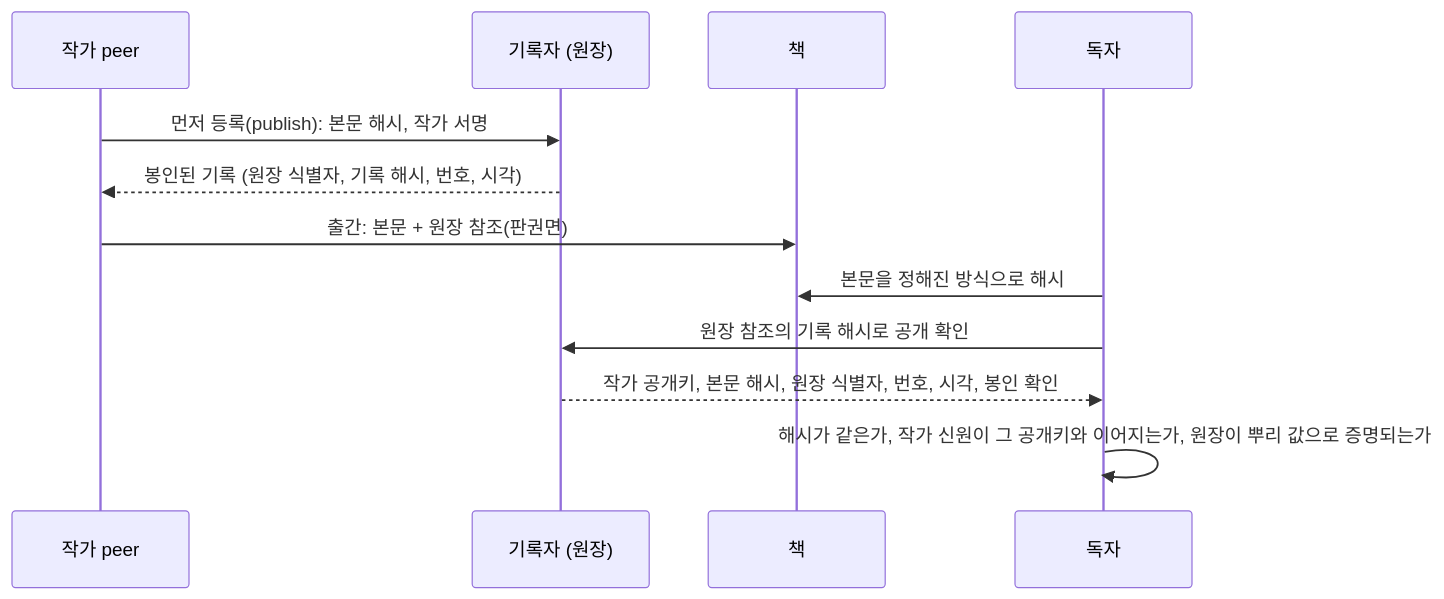
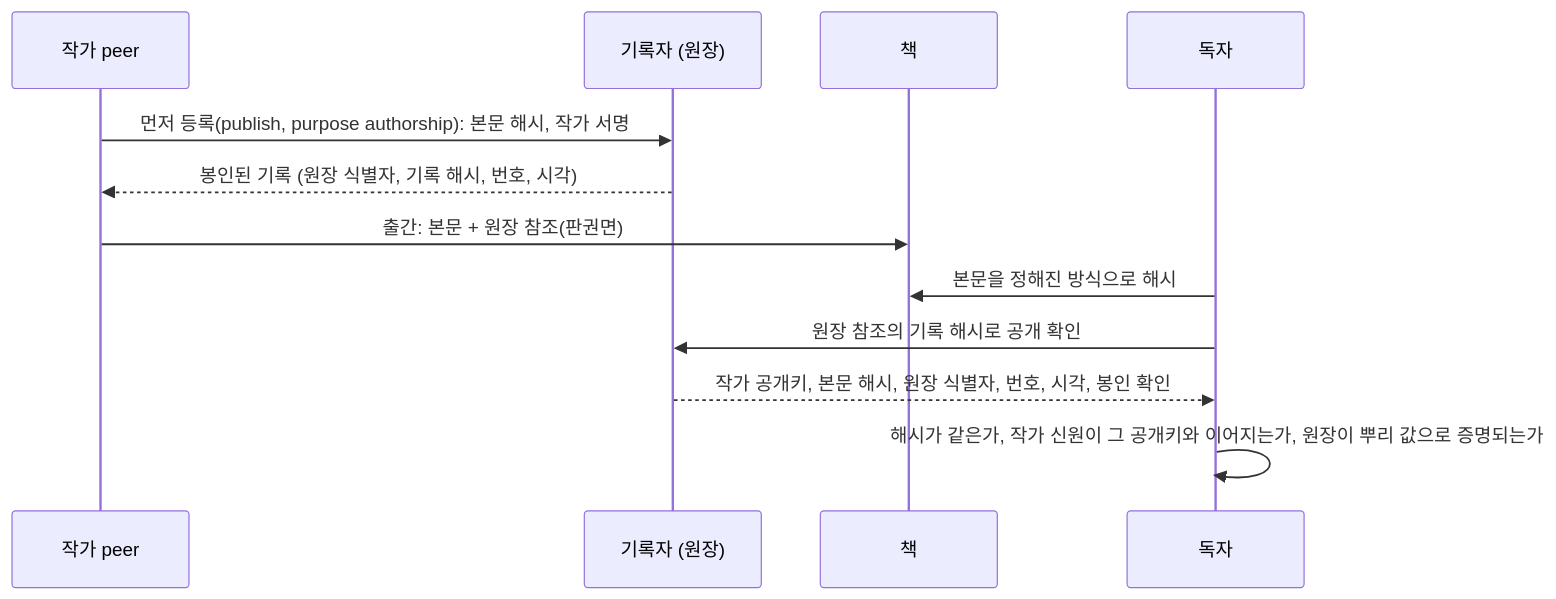
One commit to tanminkwan/share-ur-tokens changed the fourth of 5 diagrams in dev/chain-policy.md. Above: the diagram before and after it, drawn with Mermaid. The commit also changed 8 other files, not shown here.

Commit message:
feat: coded columns: a registered purpose code inside the payload (authorship, commit), checked by the ledger and shown in the public view; the rest of the payload stays free; docs: entry columns policy

````diff
--- a/dev/chain-policy.md
+++ b/dev/chain-policy.md
@@ -143,14 +143,14 @@
 ```mermaid
 sequenceDiagram
     participant A as 작가 peer
     participant R as 기록자 (원장)
     participant B as 책
     participant D as 독자
-    A->>R: 먼저 등록(publish): 본문 해시, 작가 서명
+    A->>R: 먼저 등록(publish, purpose authorship): 본문 해시, 작가 서명
     R-->>A: 봉인된 기록 (원장 식별자, 기록 해시, 번호, 시각)
     A->>B: 출간: 본문 + 원장 참조(판권면)
     D->>B: 본문을 정해진 방식으로 해시
     D->>R: 원장 참조의 기록 해시로 공개 확인
     R-->>D: 작가 공개키, 본문 해시, 원장 식별자, 번호, 시각, 봉인 확인
     D->>D: 해시가 같은가, 작가 신원이 그 공개키와 이어지는가, 원장이 뿌리 값으로 증명되는가
 ```
````
